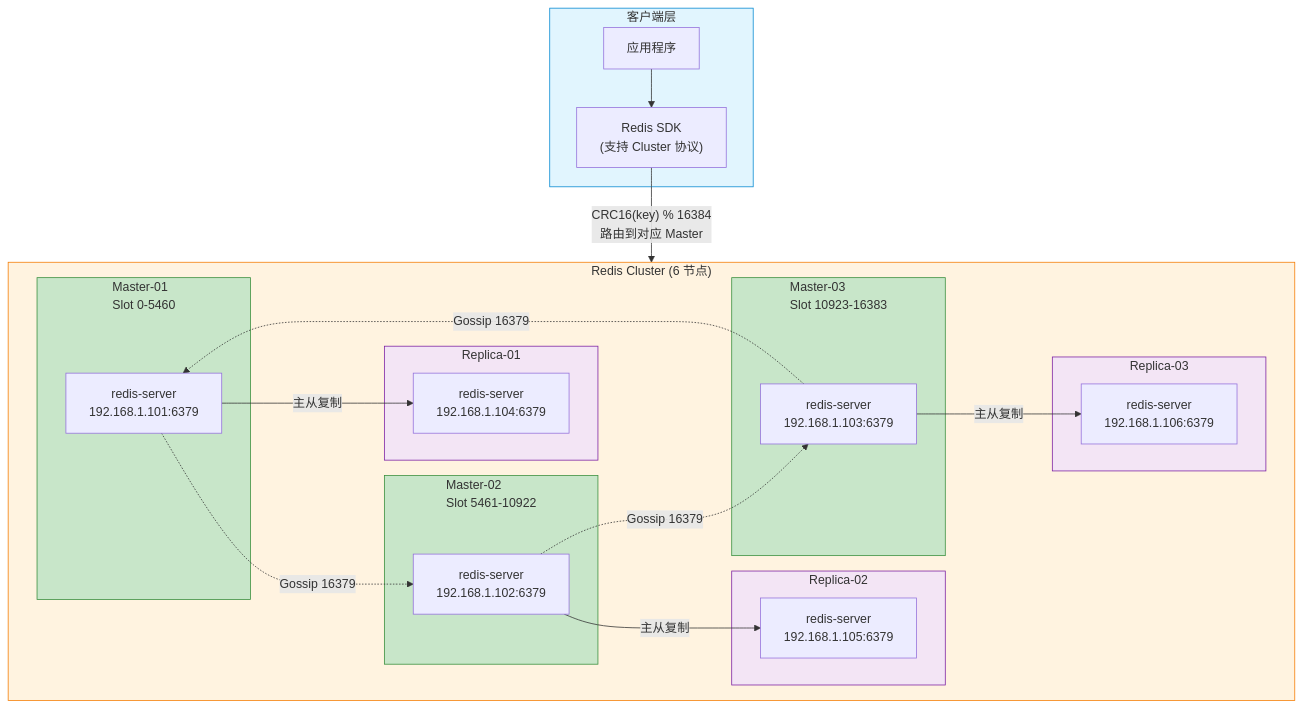
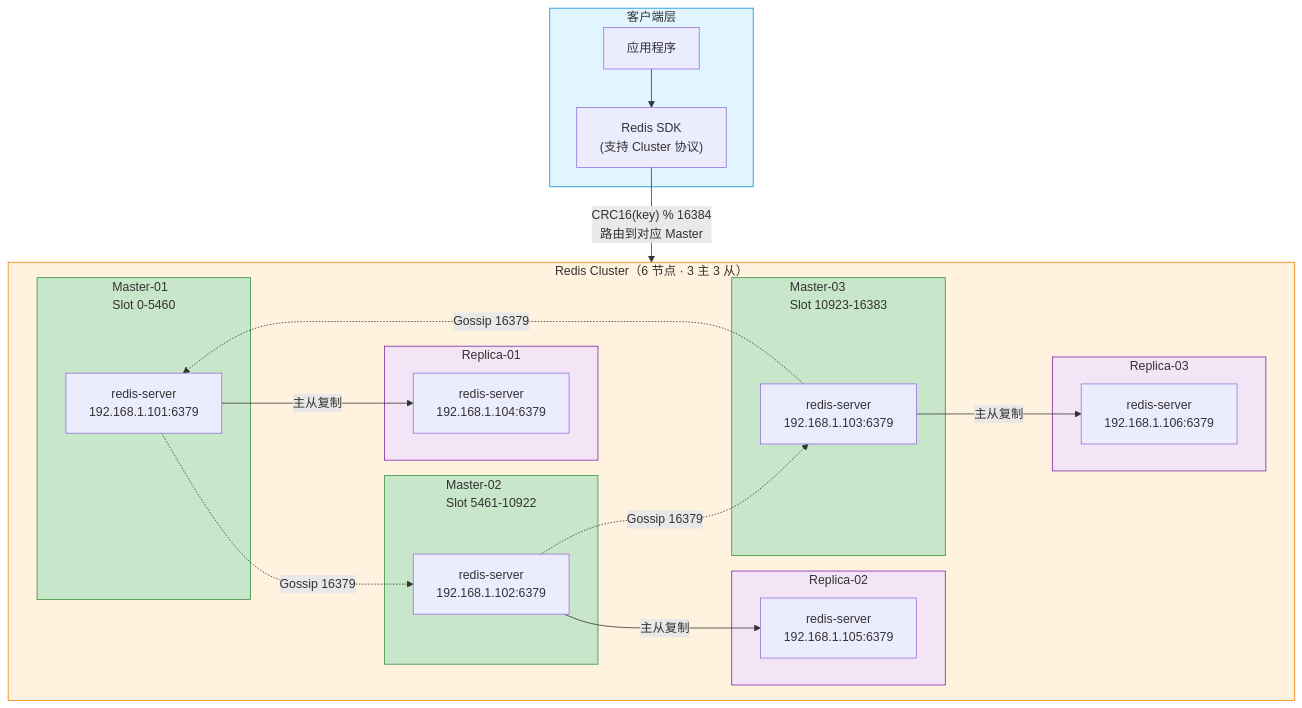
One commit to yansongwel/technical-documentation changed the first of 2 diagrams in 01-databases/redis/redis-cluster-production/Redis-Cluster生产级部署与运维指南.md. Above: the diagram before and after it, drawn with Mermaid. The commit also changed other lines of this file and 4 other files, not shown here.

````diff
--- a/01-databases/redis/redis-cluster-production/Redis-Cluster生产级部署与运维指南.md
+++ b/01-databases/redis/redis-cluster-production/Redis-Cluster生产级部署与运维指南.md
@@ -40,49 +42,49 @@
 ```mermaid
 graph TB
     subgraph Client["客户端层"]
         style Client fill:#e1f5fe,stroke:#0288d1
         APP["应用程序"]
         SDK["Redis SDK<br/>(支持 Cluster 协议)"]
         APP --> SDK
     end
 
-    subgraph Cluster["Redis Cluster (6 节点)"]
+    subgraph Cluster["Redis Cluster（6 节点 · 3 主 3 从）"]
         style Cluster fill:#fff3e0,stroke:#f57c00
 
         subgraph Master1["Master-01<br/>Slot 0-5460"]
             style Master1 fill:#c8e6c9,stroke:#388e3c
             M1["redis-server<br/>192.168.1.101:6379"]
         end
         subgraph Replica1["Replica-01"]
             style Replica1 fill:#f3e5f5,stroke:#7b1fa2
             R1["redis-server<br/>192.168.1.104:6379"]
         end
 
         subgraph Master2["Master-02<br/>Slot 5461-10922"]
             style Master2 fill:#c8e6c9,stroke:#388e3c
             M2["redis-server<br/>192.168.1.102:6379"]
         end
         subgraph Replica2["Replica-02"]
             style Replica2 fill:#f3e5f5,stroke:#7b1fa2
             R2["redis-server<br/>192.168.1.105:6379"]
         end
 
         subgraph Master3["Master-03<br/>Slot 10923-16383"]
             style Master3 fill:#c8e6c9,stroke:#388e3c
             M3["redis-server<br/>192.168.1.103:6379"]
         end
         subgraph Replica3["Replica-03"]
             style Replica3 fill:#f3e5f5,stroke:#7b1fa2
             R3["redis-server<br/>192.168.1.106:6379"]
         end
 
         M1 -.->|"Gossip 16379"| M2
         M2 -.->|"Gossip 16379"| M3
         M3 -.->|"Gossip 16379"| M1
         M1 -->|"主从复制"| R1
         M2 -->|"主从复制"| R2
         M3 -->|"主从复制"| R3
     end
 
     SDK -->|"CRC16(key) % 16384<br/>路由到对应 Master"| Cluster
 ```
````
